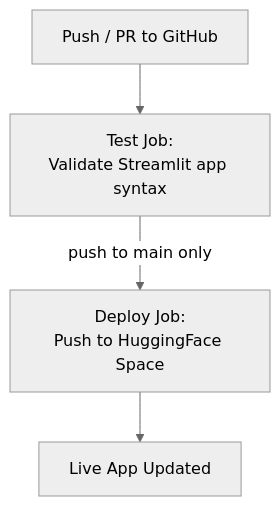
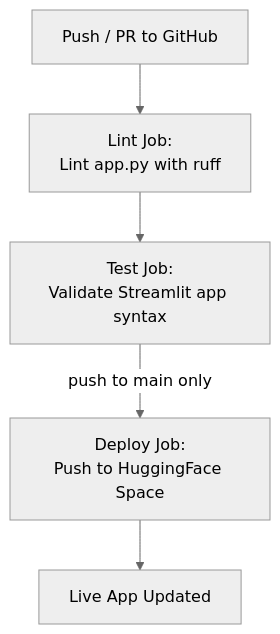
One commit to lukeli-iott/super-power-hq-01 changed the second of 2 diagrams in README.md. Above: the diagram before and after it, drawn with Mermaid (neutral theme).

Commit message:
chore: regenerate architecture diagrams

````diff
--- a/README.md
+++ b/README.md
@@ -276,7 +276,8 @@
 ```mermaid
 flowchart TD
     Dev[Push / PR to GitHub]
-    Dev --> test[Test Job:<br/>Validate Streamlit app syntax]
+    Dev --> lint[Lint Job:<br/>Lint app.py with ruff]
+    lint[Lint Job:<br/>Lint app.py with ruff] --> test[Test Job:<br/>Validate Streamlit app syntax]
     test[Test Job:<br/>Validate Streamlit app syntax] -->|push to main only| deploy[Deploy Job:<br/>Push to HuggingFace Space]
     deploy --> Live[Live App Updated]
 ```
````
